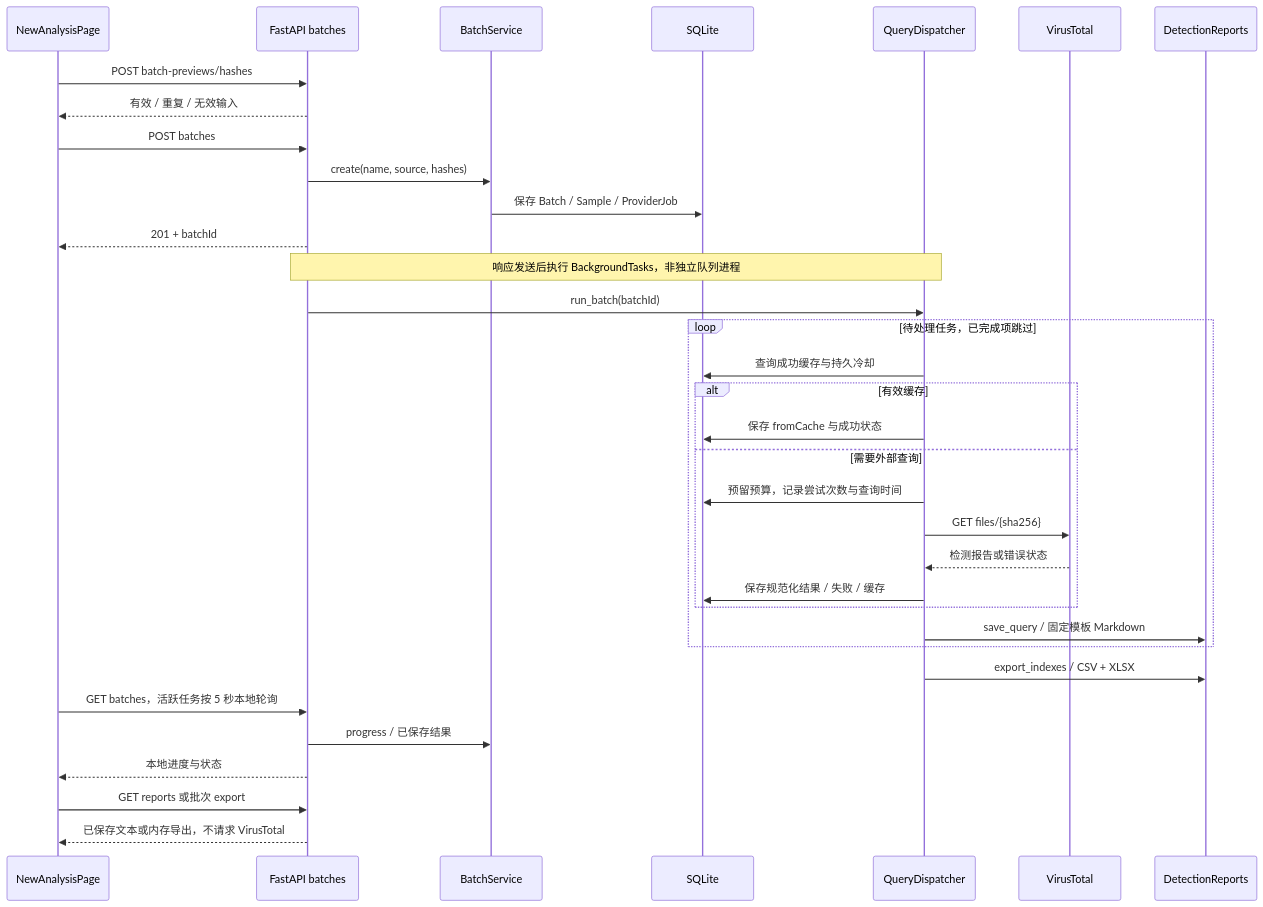
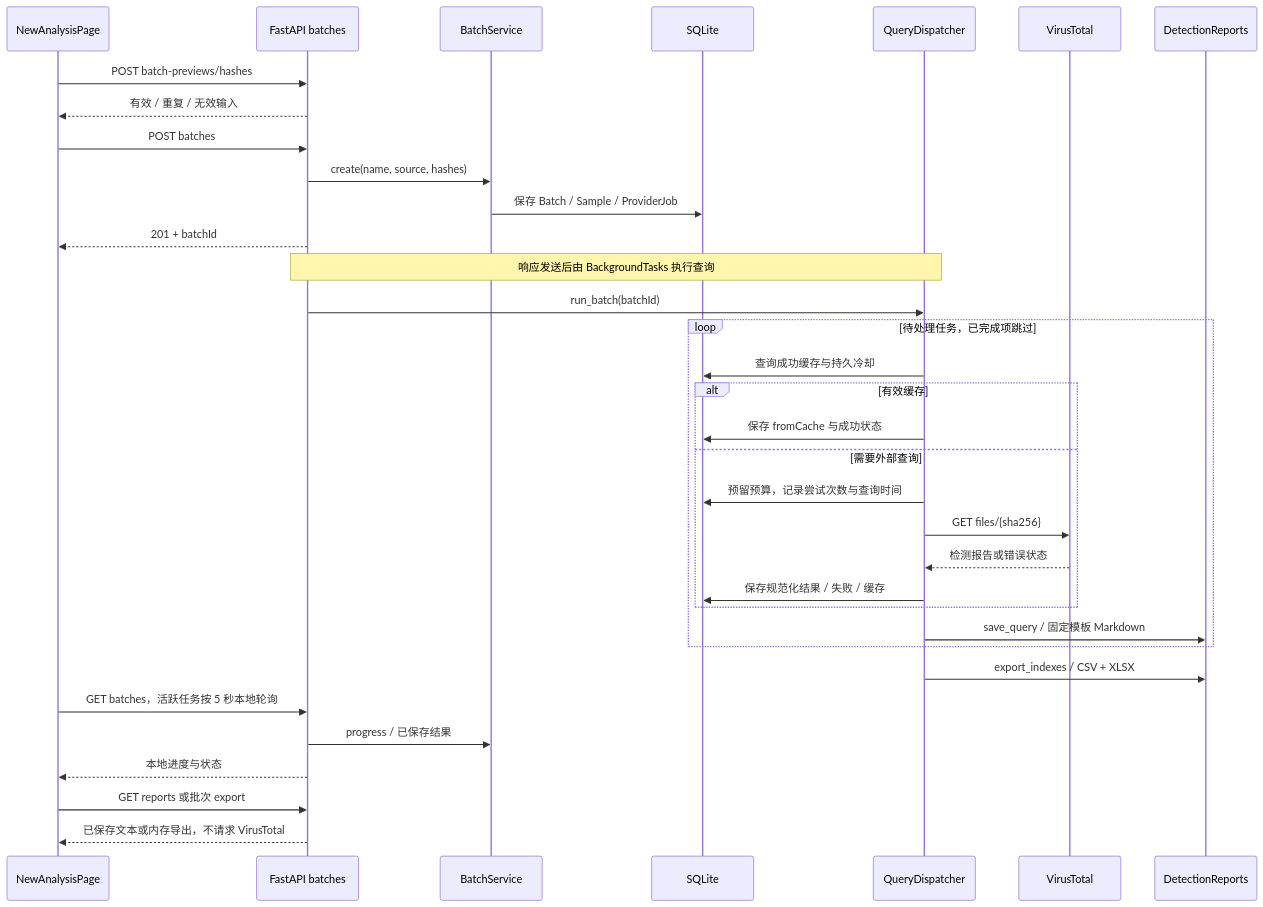
One commit to Skylar-Jiang/VTBatchScanner changed the second of 2 diagrams in docs/architecture.md. Above: the diagram before and after it, drawn with Mermaid. The commit also changed other lines of this file and 16 other files, not shown here.

Commit message:
Keep public documentation focused on system architecture

````diff
--- a/docs/architecture.md
+++ b/docs/architecture.md
@@ -39,36 +39,36 @@
 ```mermaid
 sequenceDiagram
     participant UI as NewAnalysisPage
     participant API as FastAPI batches
     participant BS as BatchService
     participant DB as SQLite
     participant Q as QueryDispatcher
     participant VT as VirusTotal
     participant MD as DetectionReports
     UI->>API: POST batch-previews/hashes
     API-->>UI: 有效 / 重复 / 无效输入
     UI->>API: POST batches
     API->>BS: create(name, source, hashes)
     BS->>DB: 保存 Batch / Sample / ProviderJob
     API-->>UI: 201 + batchId
-    Note over API,Q: 响应发送后执行 BackgroundTasks，非独立队列进程
+    Note over API,Q: 响应发送后由 BackgroundTasks 执行查询
     API->>Q: run_batch(batchId)
     loop 待处理任务，已完成项跳过
         Q->>DB: 查询成功缓存与持久冷却
         alt 有效缓存
             Q->>DB: 保存 fromCache 与成功状态
         else 需要外部查询
             Q->>DB: 预留预算，记录尝试次数与查询时间
             Q->>VT: GET files/{sha256}
             VT-->>Q: 检测报告或错误状态
             Q->>DB: 保存规范化结果 / 失败 / 缓存
         end
         Q->>MD: save_query / 固定模板 Markdown
     end
     Q->>MD: export_indexes / CSV + XLSX
     UI->>API: GET batches，活跃任务按 5 秒本地轮询
     API->>BS: progress / 已保存结果
     API-->>UI: 本地进度与状态
     UI->>API: GET reports 或批次 export
     API-->>UI: 已保存文本或内存导出，不请求 VirusTotal
 ```
````
